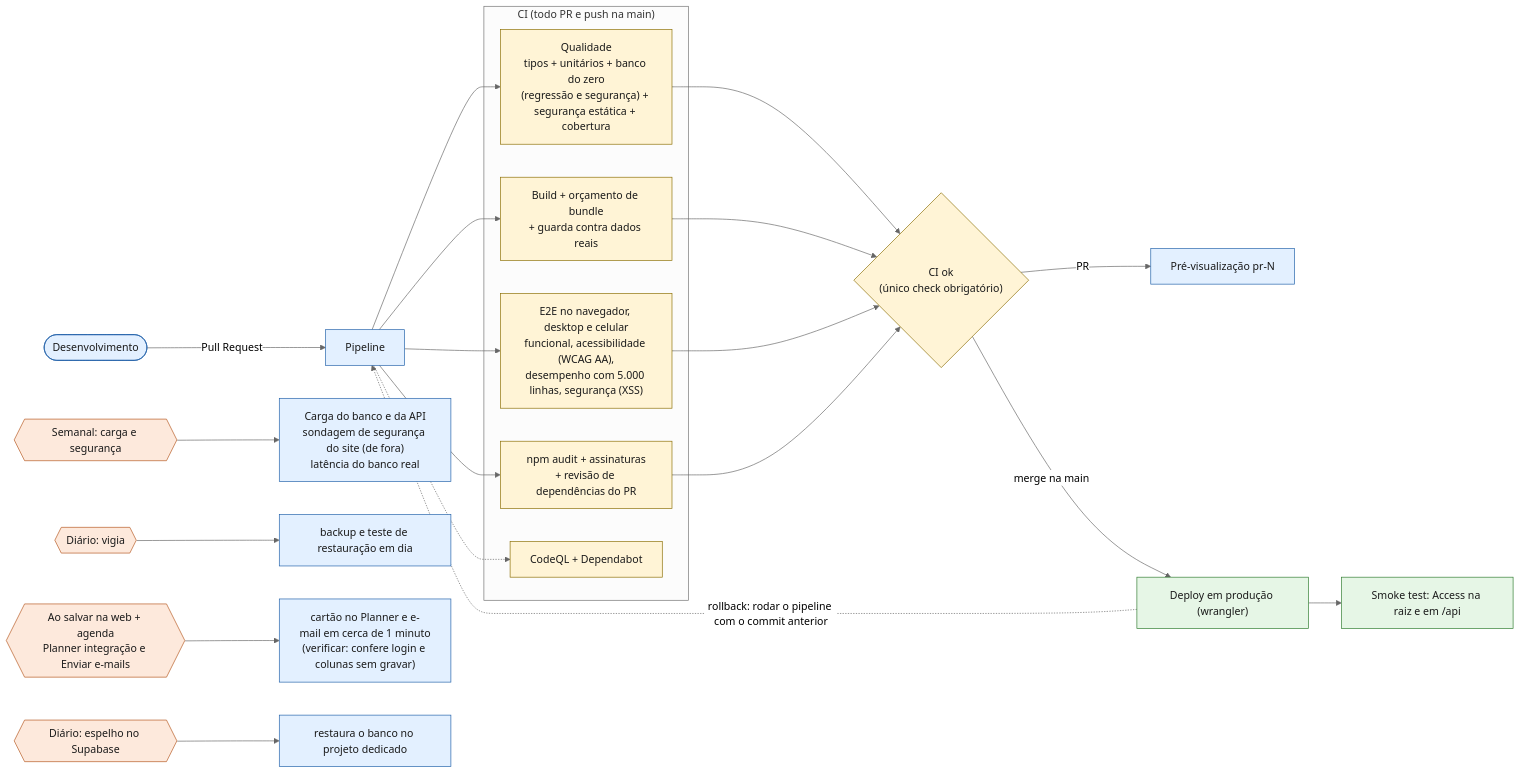
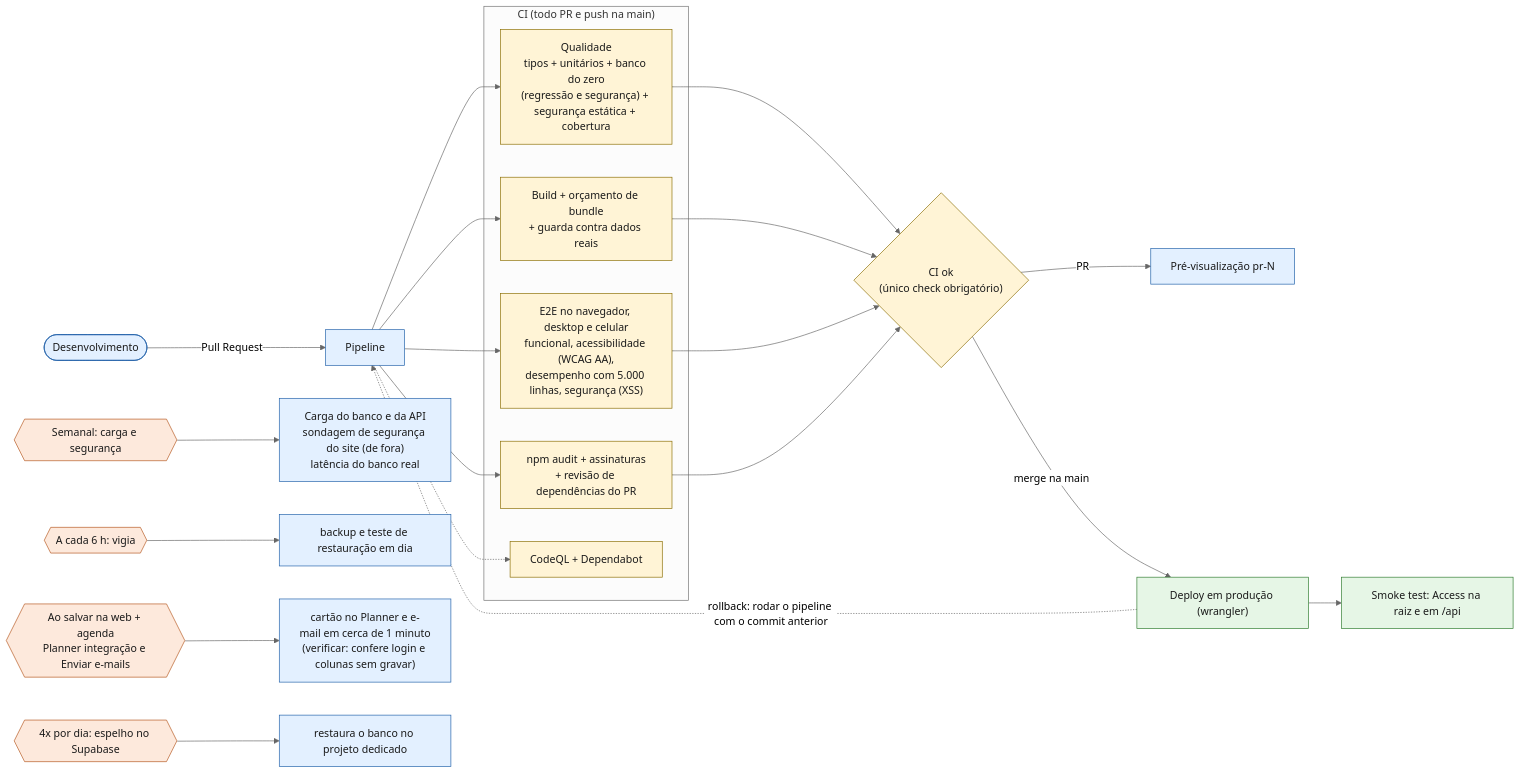
Before and after one commit to agentanalisedegoverno-svg/dashboard-metrics-team: diagram 19 of 22 in docs/DIAGRAMAS.md, drawn with Mermaid (neutral theme). The commit also changed other lines of this file and 6 other files, not shown here.

First line of the commit message:
docs: regera os diagramas D02, D03, D12, D15 e D17 com a arquitetura atual (Azure)

````diff
--- a/docs/DIAGRAMAS.md
+++ b/docs/DIAGRAMAS.md
@@ -715,29 +715,29 @@
 ```mermaid
 flowchart LR
   classDef passo fill:#e3f0ff,stroke:#1f5fa8,color:#1a1a1a
   classDef gate fill:#fff4d6,stroke:#8a6d00,color:#1a1a1a
   classDef agenda fill:#fde9dc,stroke:#b4561d,color:#1a1a1a
   classDef ok fill:#e6f6e6,stroke:#2d7a2d,color:#1a1a1a
 
   DEV(["Desenvolvimento"]):::passo -->|"Pull Request"| PIPE["Pipeline"]:::passo
 
   subgraph ci["CI (todo PR e push na main)"]
     Q["Qualidade<br/>tipos + unitários + banco do zero<br/>(regressão e segurança) + segurança estática + cobertura"]:::gate
     B["Build + orçamento de bundle<br/>+ guarda contra dados reais"]:::gate
     E["E2E no navegador, desktop e celular<br/>funcional, acessibilidade (WCAG AA),<br/>desempenho com 5.000 linhas, segurança (XSS)"]:::gate
     A["npm audit + assinaturas<br/>+ revisão de dependências do PR"]:::gate
     C["CodeQL + Dependabot"]:::gate
   end
   PIPE --> Q & B & E & A
   PIPE -.-> C
   Q & B & E & A --> OK{"CI ok<br/>(único check obrigatório)"}:::gate
   OK -->|"PR"| PRV["Pré-visualização pr-N"]:::passo
   OK -->|"merge na main"| DEP["Deploy em produção (wrangler)"]:::ok
   DEP --> SMK["Smoke test: Access na raiz e em /api"]:::ok
   DEP -.->|"rollback: rodar o pipeline com o commit anterior"| PIPE
 
   SEM{{"Semanal: carga e segurança"}}:::agenda --> NF["Carga do banco e da API<br/>sondagem de segurança do site (de fora)<br/>latência do banco real"]:::passo
-  DIA{{"Diário: vigia"}}:::agenda --> VG["backup e teste de restauração em dia"]:::passo
+  DIA{{"A cada 6 h: vigia"}}:::agenda --> VG["backup e teste de restauração em dia"]:::passo
   INT{{"Ao salvar na web + agenda<br/>Planner integração e Enviar e-mails"}}:::agenda --> RT["cartão no Planner e e-mail em cerca de 1 minuto<br/>(verificar: confere login e colunas sem gravar)"]:::passo
-  ESD{{"Diário: espelho no Supabase"}}:::agenda --> ES["restaura o banco no projeto dedicado"]:::passo
+  ESD{{"4x por dia: espelho no Supabase"}}:::agenda --> ES["restaura o banco no projeto dedicado"]:::passo
 ```
````
